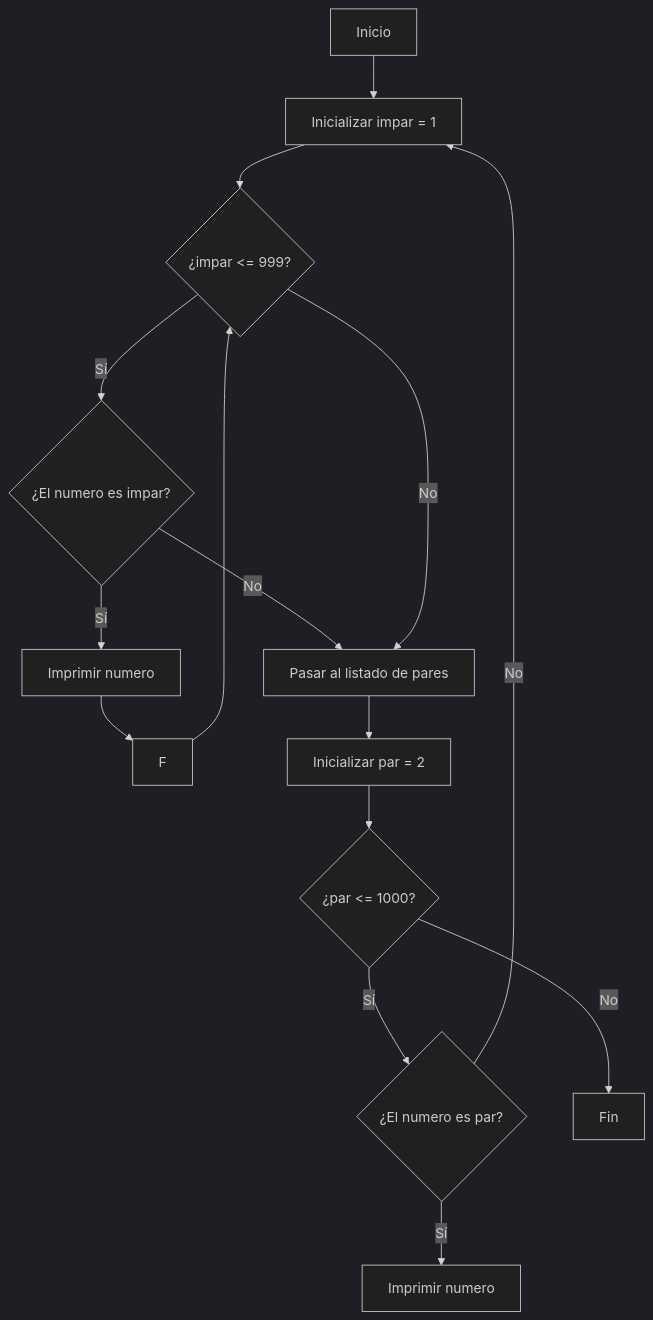
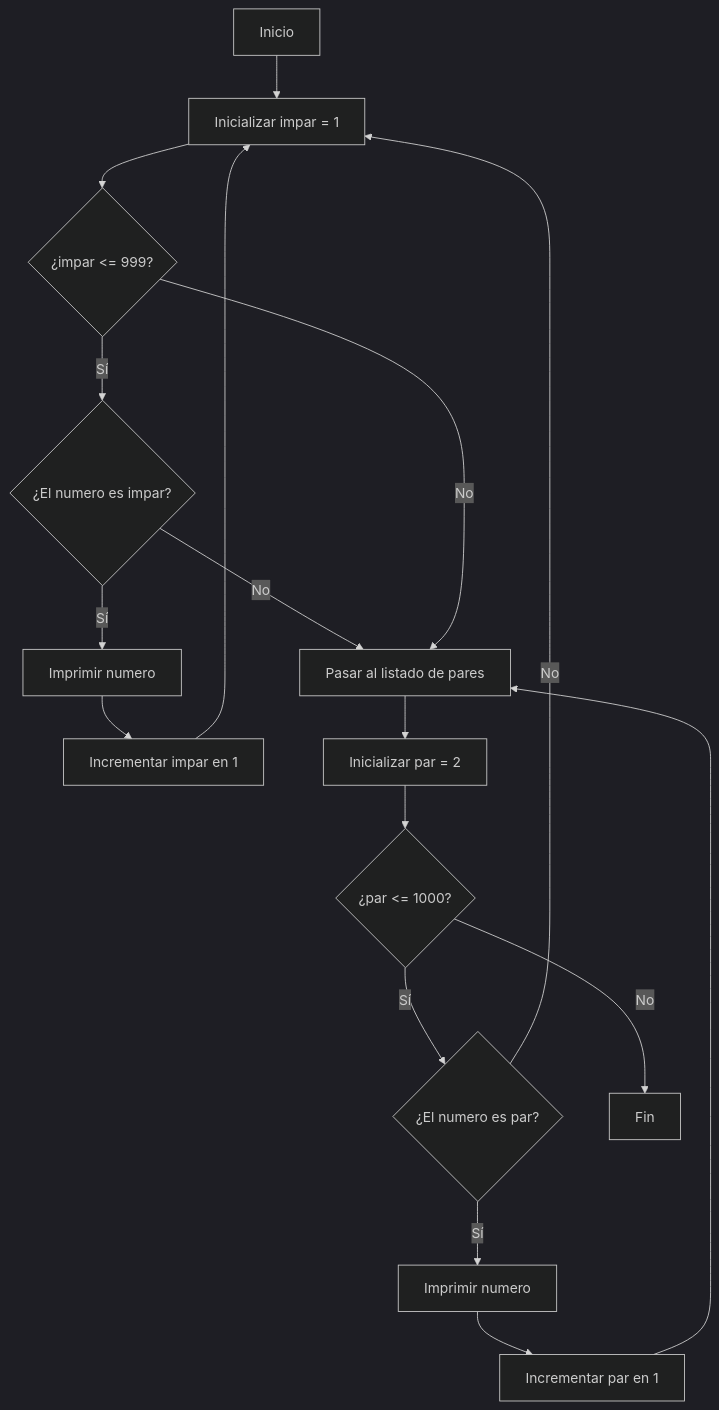
Before and after one commit to jmarciales/Reto-N6: the second of 2 diagrams in README.md, drawn with Mermaid (dark theme).

````diff
--- a/README.md
+++ b/README.md
@@ -16,17 +16,21 @@
 ```mermaid
 flowchart TD
     A[Inicio] --> B[Inicializar impar = 1]
     B --> C{¿impar <= 999?}
     C -->|Sí| D{¿El numero es impar?}
     D -->|Sí| E[Imprimir numero]
     D -->|No| G[Pasar al listado de pares]
-    E --> F
-    F --> C
+    E --> F[Incrementar impar en 1]
+    F --> B
     C -->|No| G[Pasar al listado de pares]
     G --> H[Inicializar par = 2]
     H --> I{¿par <= 1000?}
     I -->|Sí| J{¿El numero es par?}
     J -->|Sí| K[Imprimir numero]
+    K --> L[Incrementar par en 1]
+    L --> G
     J -->|No| B[Inicializar impar = 1]
     I -->|No| M[Fin]
+    
+
 ```
````
